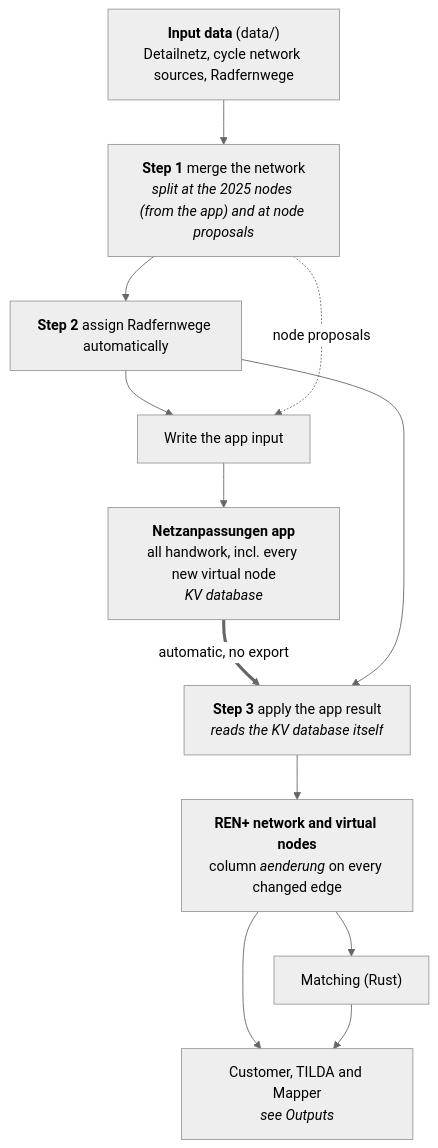
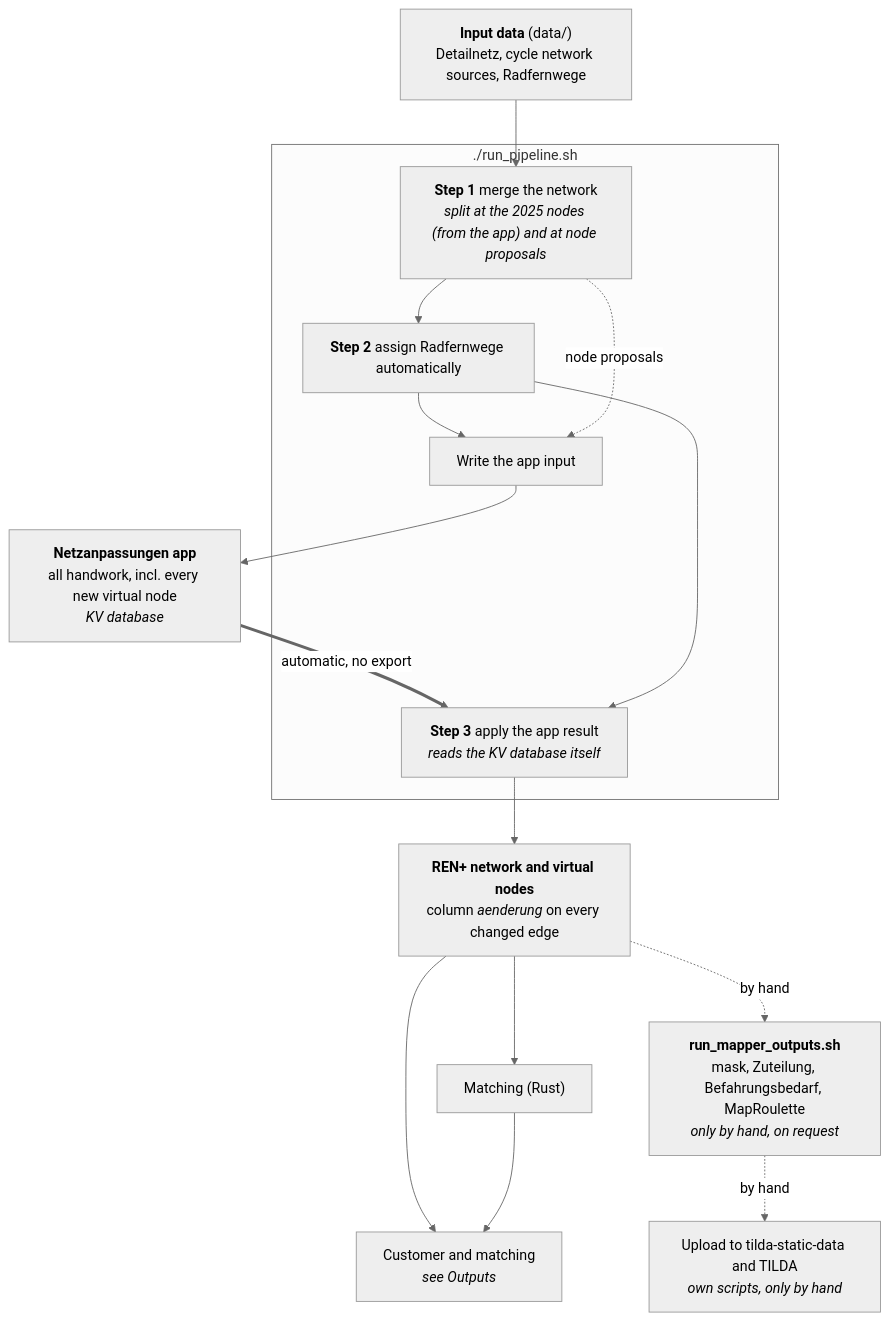
Before and after one commit to FixMyBerlin/infravelo-radnetz: the first of 3 diagrams in docs/network-pipeline.md, drawn with Mermaid (neutral theme). The commit also changed other lines of this file and 5 other files, not shown here.

First line of the commit message:
Pipeline: the outputs for TILDA and the Mapper run only by hand, with their own script run_mapper_outputs.sh

````diff
--- a/docs/network-pipeline.md
+++ b/docs/network-pipeline.md
@@ -17,18 +17,27 @@
 ```mermaid
 flowchart TD
   IN["<b>Input data</b> (data/)<br/>Detailnetz, cycle network sources, Radfernwege"]
   S1["<b>Step 1</b> merge the network<br/><i>split at the 2025 nodes (from the app) and at node proposals</i>"]
   S2["<b>Step 2</b> assign Radfernwege automatically"]
   AE["Write the app input"]
   APP["<b>Netzanpassungen app</b><br/>all handwork, incl. every new virtual node<br/><i>KV database</i>"]
   S3["<b>Step 3</b> apply the app result<br/><i>reads the KV database itself</i>"]
   NET["<b>REN+ network and virtual nodes</b><br/>column <i>aenderung</i> on every changed edge"]
-  OUT["Customer, TILDA and Mapper<br/><i>see Outputs</i>"]
+  OUT["Customer and matching<br/><i>see Outputs</i>"]
   MM["Matching (Rust)"]
+  MAP["<b>run_mapper_outputs.sh</b><br/>mask, Zuteilung, Befahrungsbedarf, MapRoulette<br/><i>only by hand, on request</i>"]
+  UP["Upload to tilda-static-data and TILDA<br/><i>own scripts, only by hand</i>"]
   IN --> S1 --> S2 --> AE --> APP
   S1 -. "node proposals" .-> AE
   APP == "automatic, no export" ==> S3
   S2 --> S3
   S3 --> NET --> OUT
   NET --> MM --> OUT
+  NET -. "by hand" .-> MAP -. "by hand" .-> UP
+  subgraph RP["./run_pipeline.sh"]
+    S1
+    S2
+    AE
+    S3
+  end
 ```
````
